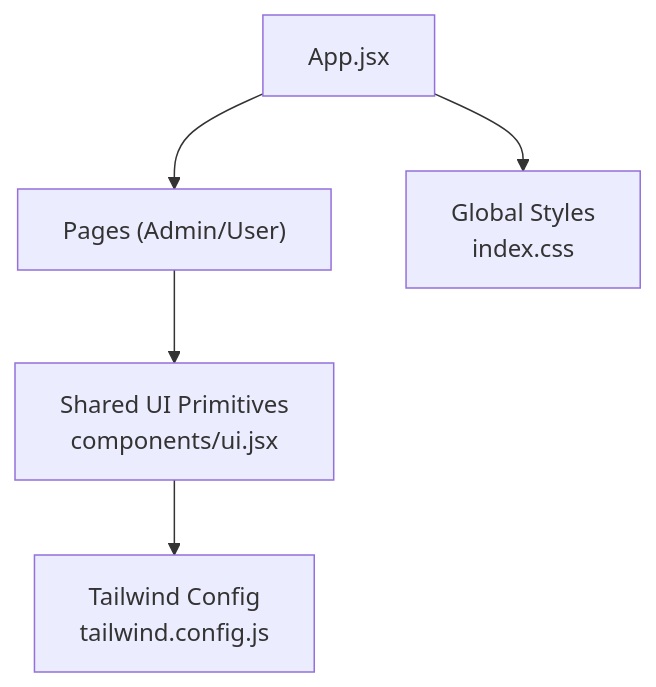
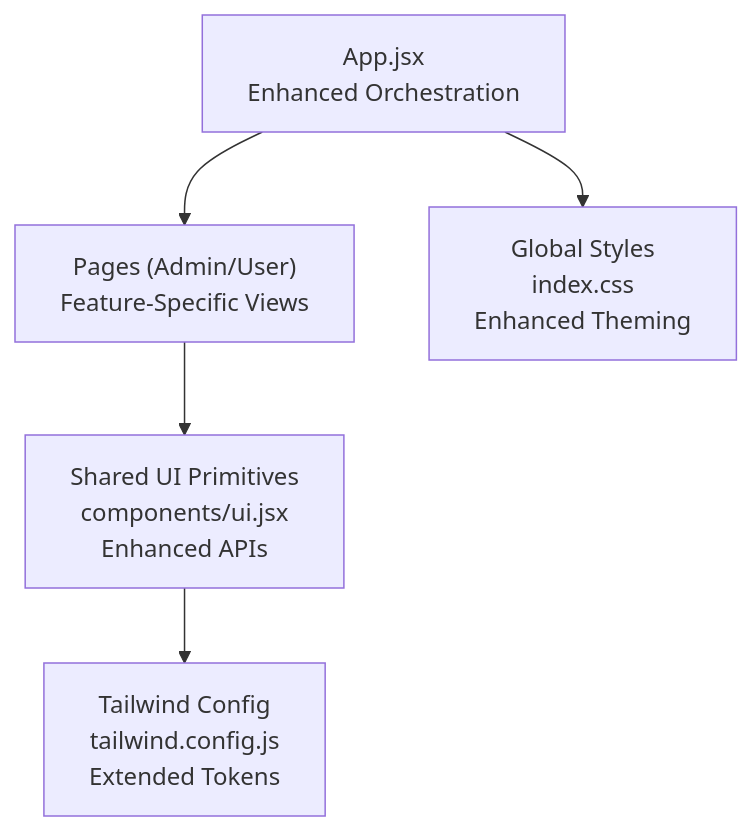
One commit to 14Lucifer/hackathon_ecs_creator changed the second of 3 diagrams in .qoder/repowiki/en/content/Frontend Development/UI Component Library.md. Above: the diagram before and after it, drawn with Mermaid. The commit also changed other lines of this file and 120 other files, not shown here.

````diff
--- a/.qoder/repowiki/en/content/Frontend Development/UI Component Library.md
+++ b/.qoder/repowiki/en/content/Frontend Development/UI Component Library.md
@@ -123,12 +138,12 @@
 ```mermaid
 graph TB
-App["App.jsx"]
-Pages["Pages (Admin/User)"]
-UI["Shared UI Primitives<br/>components/ui.jsx"]
-Tailwind["Tailwind Config<br/>tailwind.config.js"]
-Styles["Global Styles<br/>index.css"]
+App["App.jsx<br/>Enhanced Orchestration"]
+Pages["Pages (Admin/User)<br/>Feature-Specific Views"]
+UI["Shared UI Primitives<br/>components/ui.jsx<br/>Enhanced APIs"]
+Tailwind["Tailwind Config<br/>tailwind.config.js<br/>Extended Tokens"]
+Styles["Global Styles<br/>index.css<br/>Enhanced Theming"]
 App --> Pages
 Pages --> UI
 UI --> Tailwind
 App --> Styles
 ```
````
